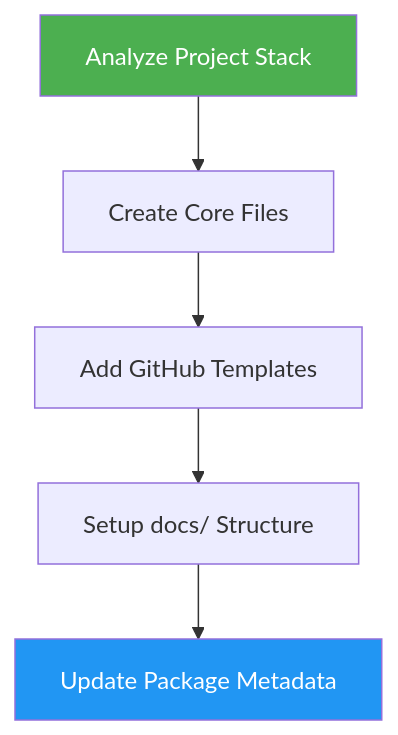
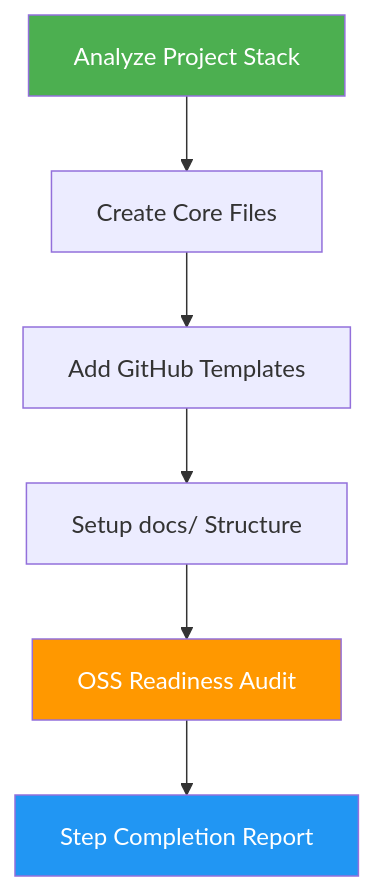
Before and after one commit to Montimage/skills: the diagram in skills/oss-ready/README.md, drawn with Mermaid. The commit also changed other lines of this file and 2 other files, not shown here.

First line of the commit message:
feat(oss-ready): add 8-section OSS readiness audit and checklist asset

````diff
--- a/skills/oss-ready/README.md
+++ b/skills/oss-ready/README.md
@@ -25,9 +28,11 @@
 ```mermaid
 graph TD
     A["Analyze Project Stack"] --> B["Create Core Files"]
     B --> C["Add GitHub Templates"]
     C --> D["Setup docs/ Structure"]
-    D --> E["Update Package Metadata"]
+    D --> E["OSS Readiness Audit"]
+    E --> F["Step Completion Report"]
     style A fill:#4CAF50,color:#fff
-    style E fill:#2196F3,color:#fff
+    style E fill:#FF9800,color:#fff
+    style F fill:#2196F3,color:#fff
 ```
````
